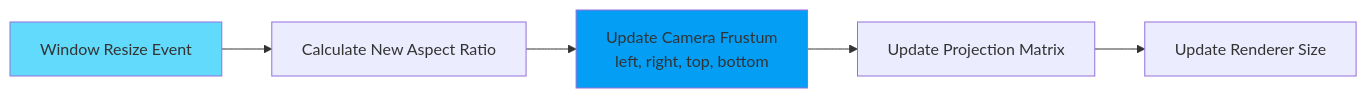
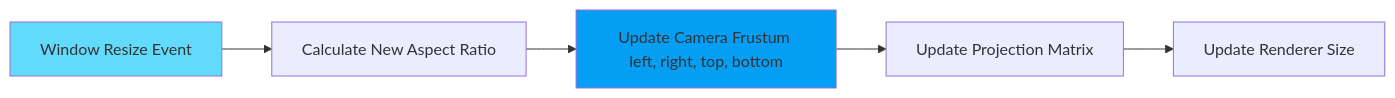
One commit to softwarewrighter/shut_the_box changed diagram 14 of 15 in wiki/Frontend-3D.md. Above: the diagram before and after it, drawn with Mermaid. The commit also changed other lines of this file and 5 other files, not shown here.

````diff
--- a/wiki/Frontend-3D.md
+++ b/wiki/Frontend-3D.md
@@ -485,10 +485,10 @@
 ```mermaid
 flowchart LR
     RESIZE[Window Resize Event] --> CALC[Calculate New Aspect Ratio]
-    CALC --> UPDATE_CAM[Update Camera Frustum<br/>left, right, top, bottom]
+    CALC --> UPDATE_CAM[Update Camera Frustum left, right, top, bottom]
     UPDATE_CAM --> PROJ[Update Projection Matrix]
     PROJ --> RENDER[Update Renderer Size]
 
     style RESIZE fill:#61dafb
     style UPDATE_CAM fill:#049ef4
 ```
````
